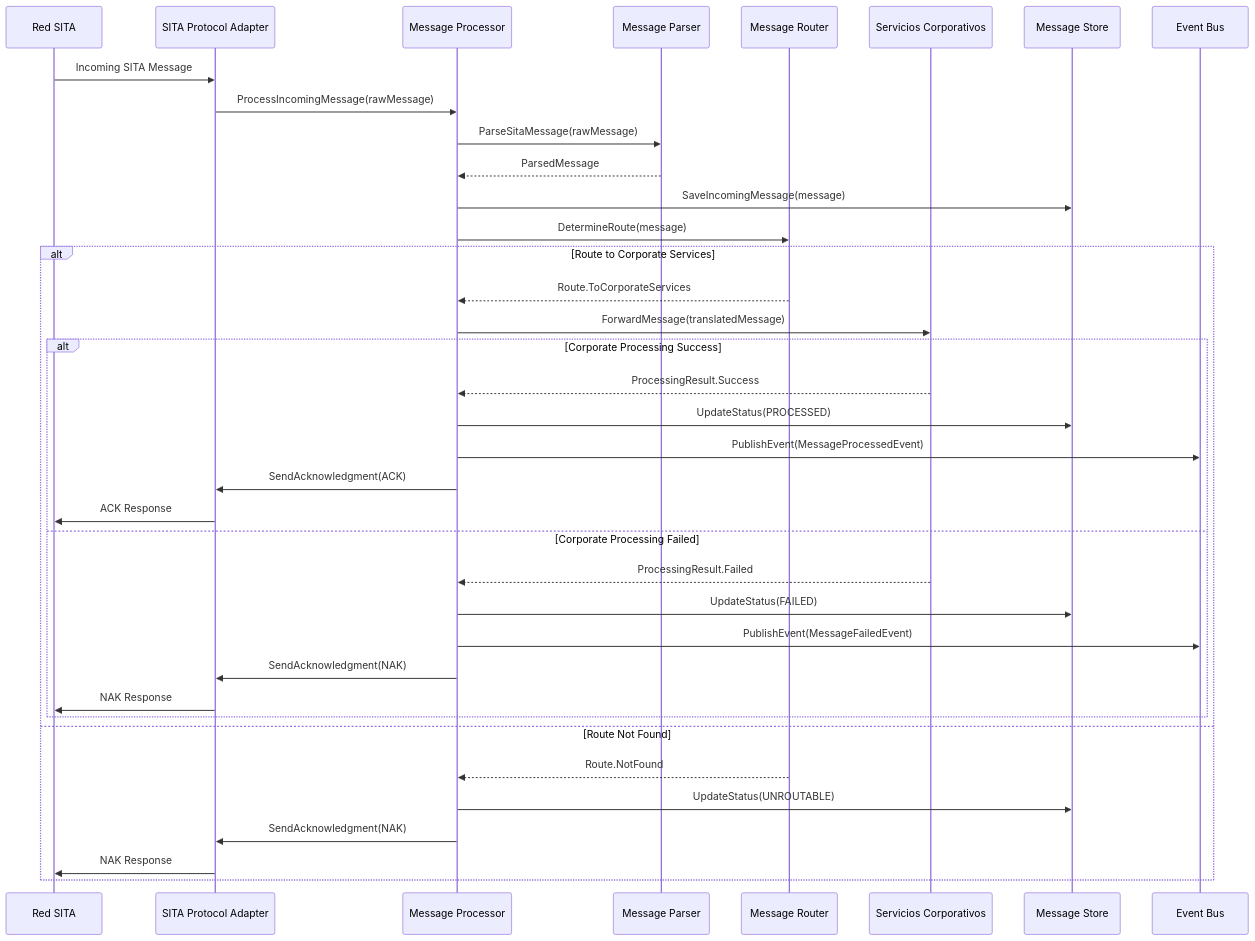
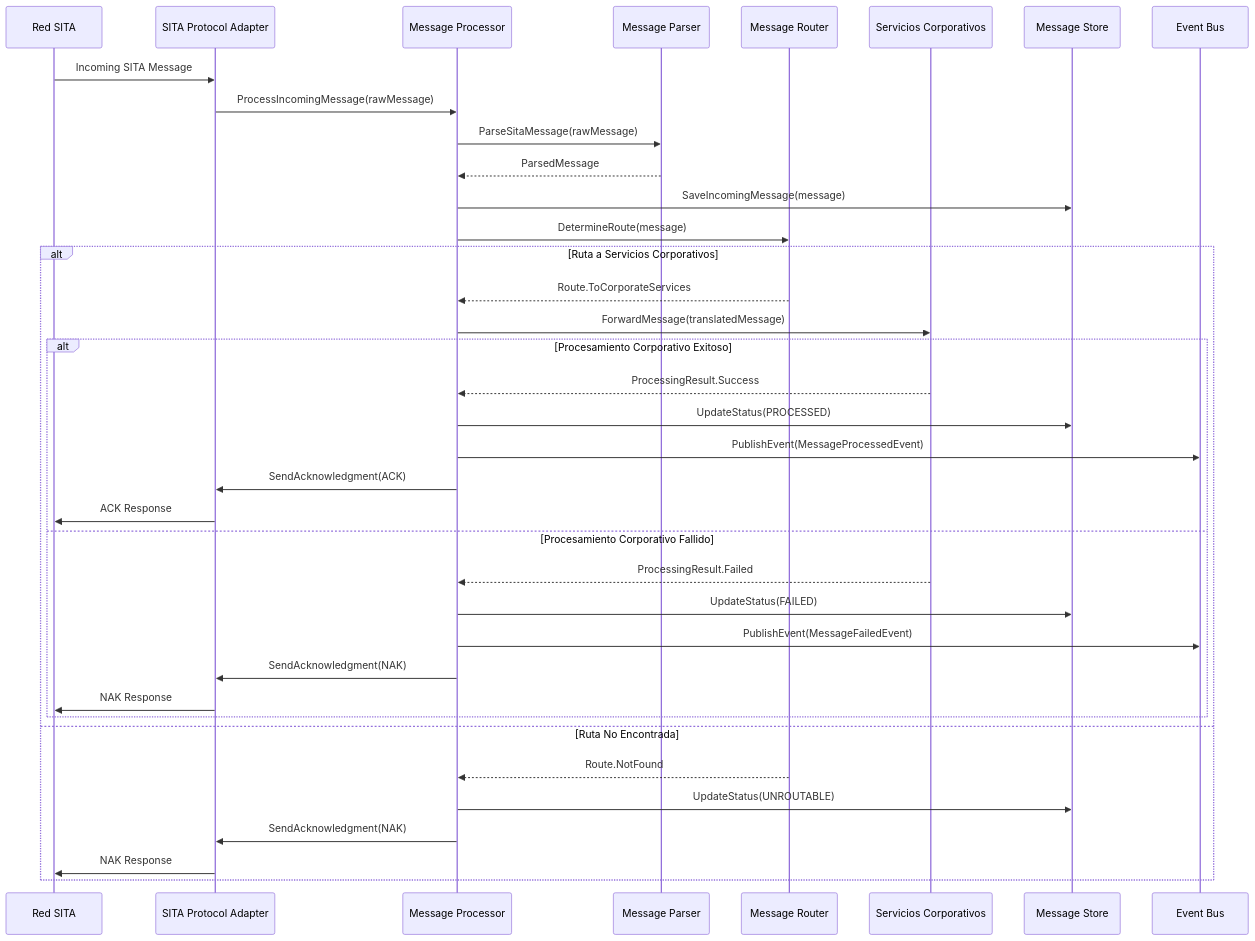
One commit to jclemente-tlm/tlm-arq-servicios-corporativos changed the second of 3 diagrams in docs/servicio-mensajeria-sita/06-vista-tiempo-ejecucion.md. Above: the diagram before and after it, drawn with Mermaid. The commit also changed other lines of this file and 48 other files, not shown here.

````diff
--- a/docs/servicio-mensajeria-sita/06-vista-tiempo-ejecucion.md
+++ b/docs/servicio-mensajeria-sita/06-vista-tiempo-ejecucion.md
@@ -54,45 +54,45 @@
 ```mermaid
 sequenceDiagram
     participant SITA as Red SITA
     participant Adapter as SITA Protocol Adapter
     participant Processor as Message Processor
     participant Parser as Message Parser
     participant Router as Message Router
     participant Corp as Servicios Corporativos
     participant DB as Message Store
     participant Kafka as Event Bus
 
     SITA->>Adapter: Incoming SITA Message
     Adapter->>Processor: ProcessIncomingMessage(rawMessage)
 
     Processor->>Parser: ParseSitaMessage(rawMessage)
     Parser-->>Processor: ParsedMessage
 
     Processor->>DB: SaveIncomingMessage(message)
     Processor->>Router: DetermineRoute(message)
 
-    alt Route to Corporate Services
+    alt Ruta a Servicios Corporativos
         Router-->>Processor: Route.ToCorporateServices
         Processor->>Corp: ForwardMessage(translatedMessage)
 
-        alt Corporate Processing Success
+        alt Procesamiento Corporativo Exitoso
             Corp-->>Processor: ProcessingResult.Success
             Processor->>DB: UpdateStatus(PROCESSED)
             Processor->>Kafka: PublishEvent(MessageProcessedEvent)
             Processor->>Adapter: SendAcknowledgment(ACK)
             Adapter->>SITA: ACK Response
-        else Corporate Processing Failed
+        else Procesamiento Corporativo Fallido
             Corp-->>Processor: ProcessingResult.Failed
             Processor->>DB: UpdateStatus(FAILED)
             Processor->>Kafka: PublishEvent(MessageFailedEvent)
             Processor->>Adapter: SendAcknowledgment(NAK)
             Adapter->>SITA: NAK Response
         end
 
-    else Route Not Found
+    else Ruta No Encontrada
         Router-->>Processor: Route.NotFound
         Processor->>DB: UpdateStatus(UNROUTABLE)
         Processor->>Adapter: SendAcknowledgment(NAK)
         Adapter->>SITA: NAK Response
     end
 ```
````
